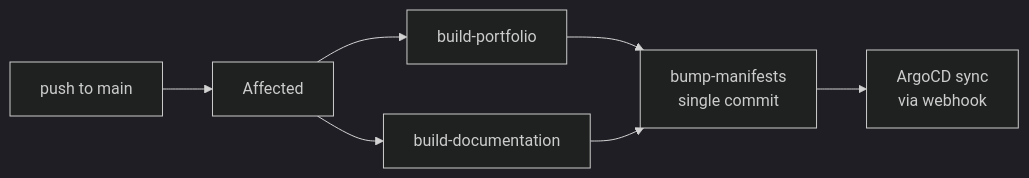
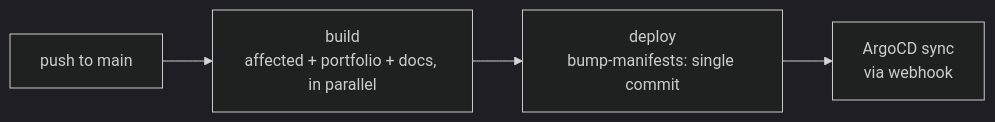
The diagram in docs/src/platform/ci-cd/02-gitops-deploys.md (kbntx-org/nexus), drawn with Mermaid before and after one commit. The commit also changed other lines of this file and 19 other files, not shown here.

````diff
--- a/docs/src/platform/ci-cd/02-gitops-deploys.md
+++ b/docs/src/platform/ci-cd/02-gitops-deploys.md
@@ -70,10 +70,7 @@
 ```mermaid
 %%{init: {'theme':'dark'}}%%
 graph LR
-    Push[push to main] --> Affected
-    Affected --> BuildP[build-portfolio]
-    Affected --> BuildD[build-documentation]
-    BuildP --> Bump[bump-manifests<br/>single commit]
-    BuildD --> Bump
-    Bump --> Sync[ArgoCD sync<br/>via webhook]
+    Push[push to main] --> Build[build<br/>affected + portfolio + docs, in parallel]
+    Build --> Deploy[deploy<br/>bump-manifests: single commit]
+    Deploy --> Sync[ArgoCD sync<br/>via webhook]
 ```
````
